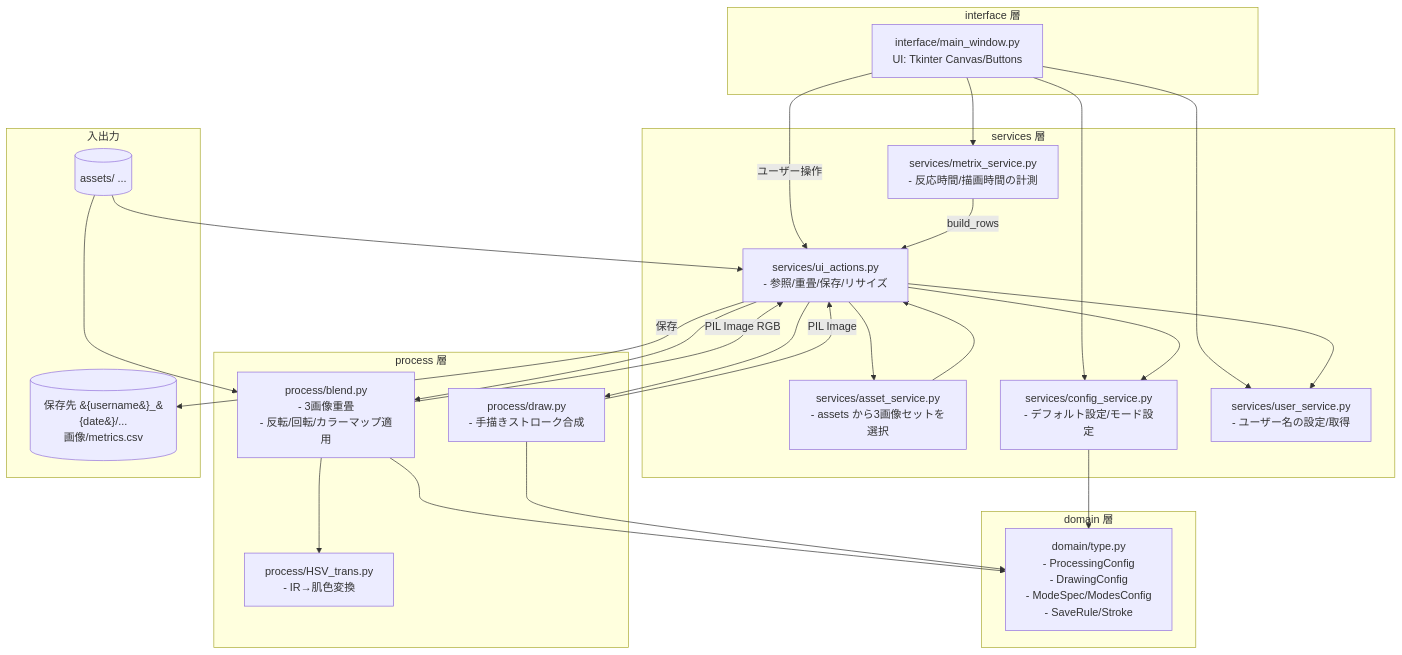
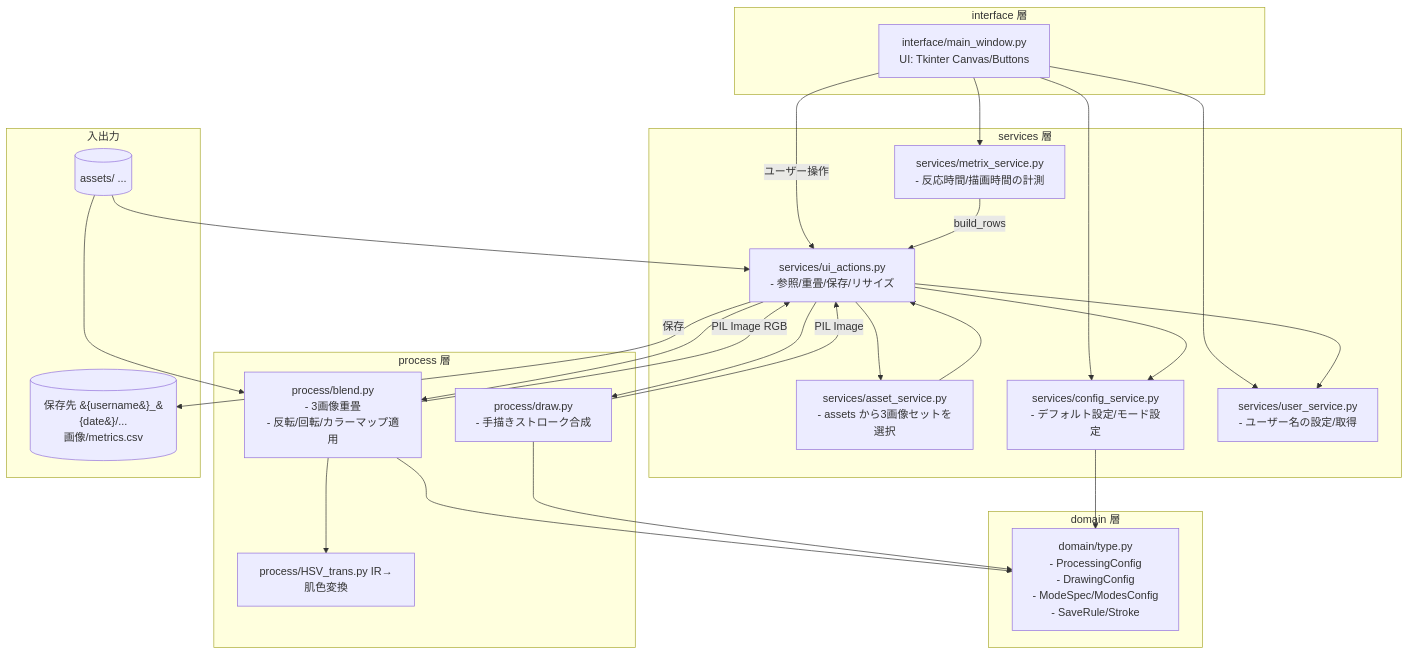
The diagram in Architecture.md (ShomaShirai/markingTask), drawn with Mermaid before and after one commit.

Commit message:
docs: architecture.mdの修正

````diff
--- a/Architecture.md
+++ b/Architecture.md
@@ -2,58 +2,58 @@
 ```mermaid
 flowchart TB
 	%% レイヤーのサブグラフ
 	subgraph Interface[interface 層]
 		MW[interface/main_window.py\nUI: Tkinter Canvas/Buttons]
 	end
 
 	subgraph Services[services 層]
 		UIA[services/ui_actions.py\n- 参照/重畳/保存/リサイズ]
 		MET[services/metrix_service.py\n- 反応時間/描画時間の計測]
 		ASSET[services/asset_service.py\n- assets から3画像セットを選択]
 		CONF[services/config_service.py\n- デフォルト設定/モード設定]
 		USER[services/user_service.py\n- ユーザー名の設定/取得]
 	end
 
 	subgraph Process[process 層]
 		BLEND[process/blend.py\n- 3画像重畳\n- 反転/回転/カラーマップ適用]
 		DRAW[process/draw.py\n- 手描きストローク合成]
-		HSV[process/HSV_trans.py\n- IR→肌色変換]
+		HSV[process/HSV_trans.py IR→肌色変換]
 	end
 
 	subgraph Domain[domain 層]
 		TYPES[domain/type.py\n- ProcessingConfig\n- DrawingConfig\n- ModeSpec/ModesConfig\n- SaveRule/Stroke]
 	end
 
 	subgraph IO[入出力]
 		ASSETS[(assets/ ...)]
 		OUTDIR[(保存先 &#123;username&#125;_&#123;date&#125;/...\n画像/metrics.csv)]
 	end
 
 	%% 依存とデータフロー
 	MW -->|ユーザー操作| UIA
 	MW --> MET
 	MW --> USER
 	MW --> CONF
 
 	UIA --> BLEND
 	UIA --> DRAW
 	UIA --> USER
 	UIA --> CONF
 	UIA -->|保存| OUTDIR
 
 	MET -->|build_rows| UIA
 
 	BLEND --> HSV
 	BLEND --> TYPES
 	DRAW --> TYPES
 
 	ASSET --> UIA
 	UIA --> ASSET
 
 	CONF --> TYPES
 
 	ASSETS --> BLEND
 	ASSETS --> UIA
 	BLEND -->|PIL Image RGB| UIA
 	DRAW -->|PIL Image| UIA
 ```
````
